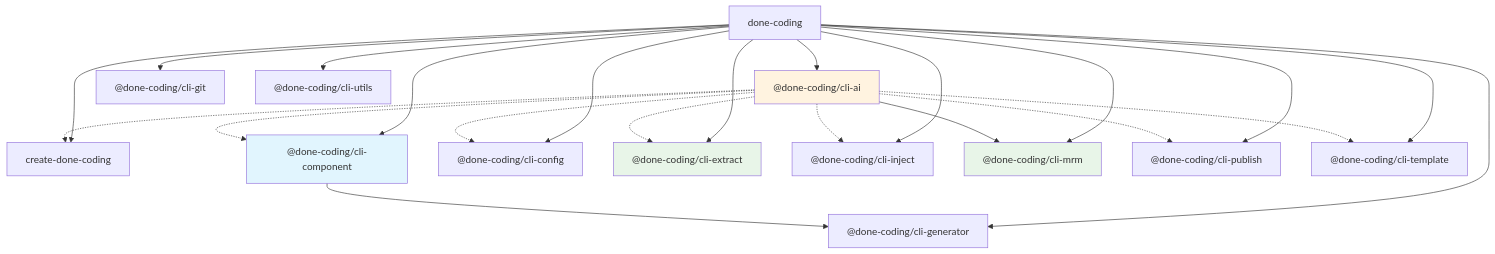
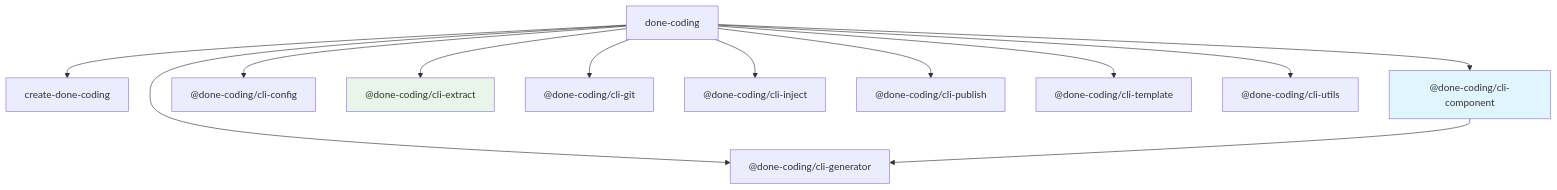
Before and after one commit to done-coding/done-coding-cli: the diagram in packages/cli/README.md, drawn with Mermaid. The commit also changed other lines of this file and 216 other files, not shown here.

First line of the commit message:
feat!: 治理工具 cli-harness 首发、统一代码生成合入、skill 多宿主安装，退役 ai / mrm (#44)

````diff
--- a/packages/cli/README.md
+++ b/packages/cli/README.md
@@ -345,30 +305,18 @@
 ```mermaid
 graph TD
     A["done-coding"] --> B["create-done-coding"]
-    A --> C["@done-coding/cli-ai"]
     A --> D["@done-coding/cli-component"]
     A --> E["@done-coding/cli-config"]
     A --> F["@done-coding/cli-extract"]
     A --> G["@done-coding/cli-git"]
     A --> H["@done-coding/cli-inject"]
-    A --> I["@done-coding/cli-mrm"]
     A --> J["@done-coding/cli-publish"]
     A --> K["@done-coding/cli-template"]
     A --> L["@done-coding/cli-utils"]
     A --> M["@done-coding/cli-generator"]
 
     D --> M
-    C --> I
-    C -.-> B
-    C -.-> D
-    C -.-> E
-    C -.-> F
-    C -.-> H
-    C -.-> J
-    C -.-> K
 
-    style C fill:#fff3e0
-    style I fill:#e8f5e8
     style D fill:#e1f5fe
     style F fill:#e8f5e8
 ```
````
